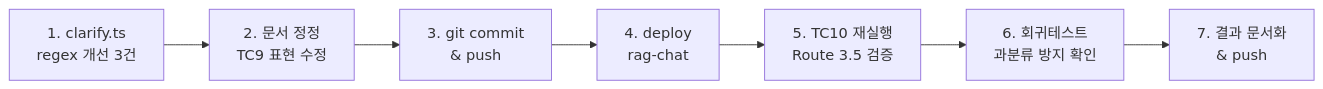
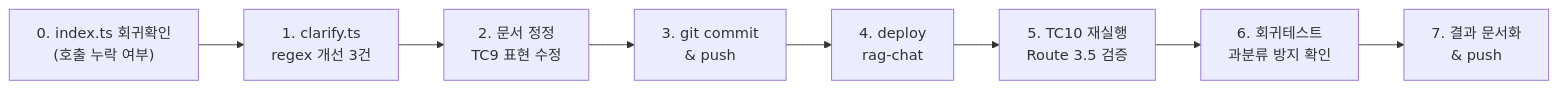
The diagram in docs/plans/20260223_리뷰기반_개선작업_상세구현서.md (gustn6100000-ux/pumsem_rag), drawn with Mermaid before and after one commit. The commit also changed other lines of this file and 1 other file, not shown here.

Commit message:
docs: fix regression test 1pt/0pt math error and add Step 0 for index.ts regression check in the execution plan

````diff
--- a/docs/plans/20260223_리뷰기반_개선작업_상세구현서.md
+++ b/docs/plans/20260223_리뷰기반_개선작업_상세구현서.md
@@ -269,9 +269,10 @@
 ```mermaid
 graph LR
+    Z["0. index.ts 회귀확인<br>(호출 누락 여부)"] --> A
     A["1. clarify.ts<br>regex 개선 3건"] --> B["2. 문서 정정<br>TC9 표현 수정"]
     B --> C["3. git commit<br>& push"]
     C --> D["4. deploy<br>rag-chat"]
     D --> E["5. TC10 재실행<br>Route 3.5 검증"]
     E --> F["6. 회귀테스트<br>과분류 방지 확인"]
     F --> G["7. 결과 문서화<br>& push"]
 ```
````
